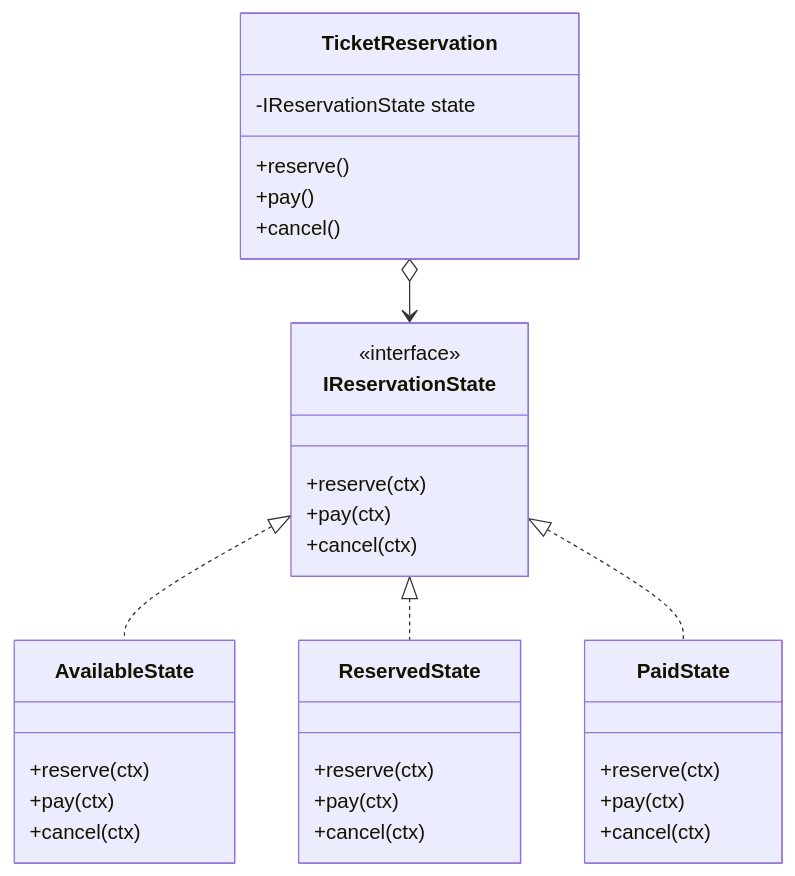
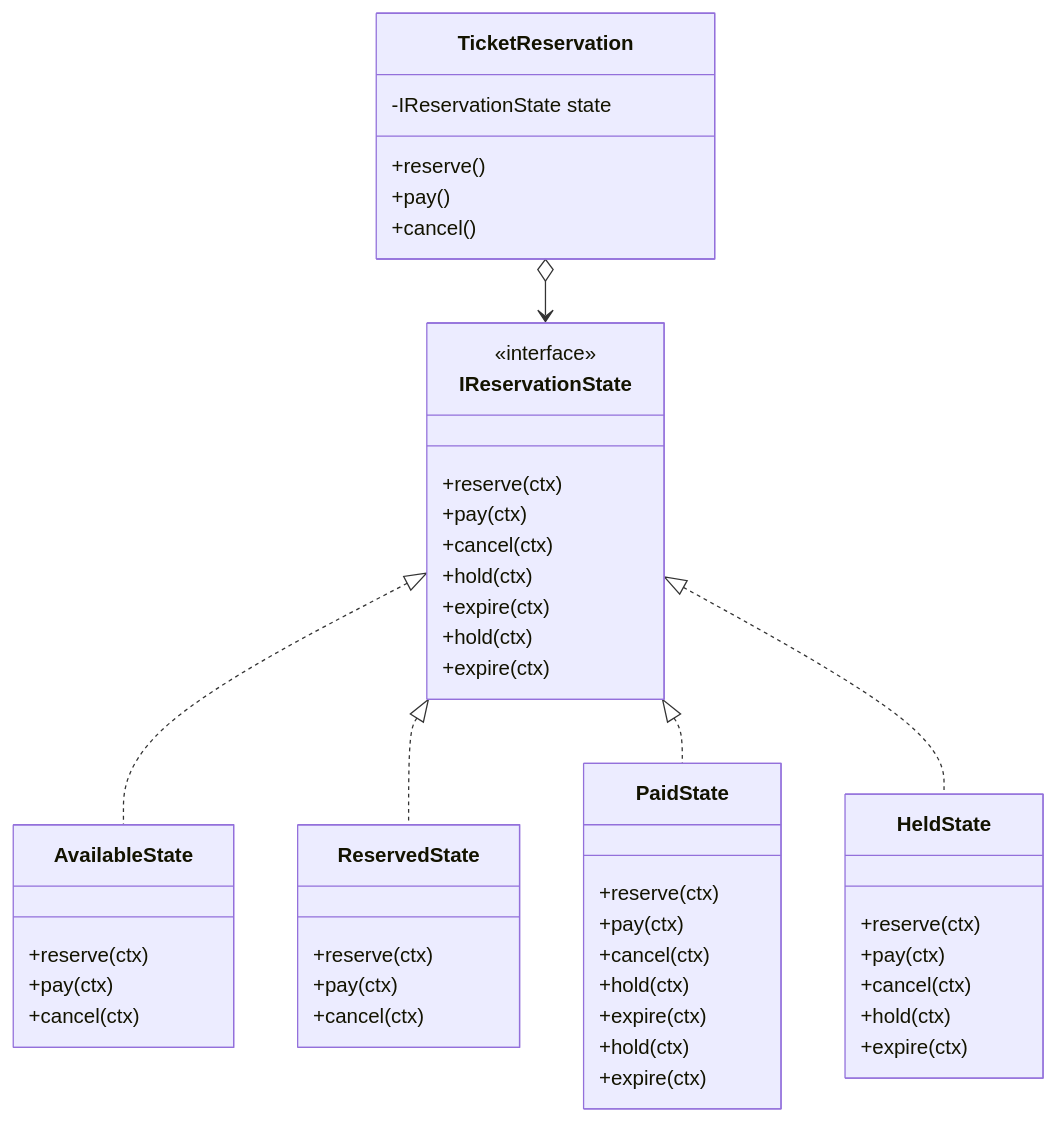
The eighth of 8 diagrams in kindle/design-patterns/output/chapter03.md (kumachan1101-pixel/DesignPattern), drawn with Mermaid before and after one commit. The commit also changed other lines of this file and 1 other file, not shown here.

Commit message:
docs: implement held state and operation tradeoff

````diff
--- a/kindle/design-patterns/output/chapter03.md
+++ b/kindle/design-patterns/output/chapter03.md
@@ -1080,34 +1212,50 @@
 ```mermaid
 classDiagram
     class TicketReservation {
         -IReservationState state
         +reserve()
         +pay()
         +cancel()
     }
     class IReservationState {
         <<interface>>
         +reserve(ctx)
         +pay(ctx)
         +cancel(ctx)
+        +hold(ctx)
+        +expire(ctx)
+        +hold(ctx)
+        +expire(ctx)
     }
     class AvailableState {
         +reserve(ctx)
         +pay(ctx)
         +cancel(ctx)
     }
     class ReservedState {
         +reserve(ctx)
         +pay(ctx)
         +cancel(ctx)
     }
     class PaidState {
         +reserve(ctx)
         +pay(ctx)
         +cancel(ctx)
+        +hold(ctx)
+        +expire(ctx)
+        +hold(ctx)
+        +expire(ctx)
+    }
+    class HeldState {
+        +reserve(ctx)
+        +pay(ctx)
+        +cancel(ctx)
+        +hold(ctx)
+        +expire(ctx)
     }
     TicketReservation o--> IReservationState
     IReservationState <|.. AvailableState
     IReservationState <|.. ReservedState
     IReservationState <|.. PaidState
+    IReservationState <|.. HeldState
 ```
````
